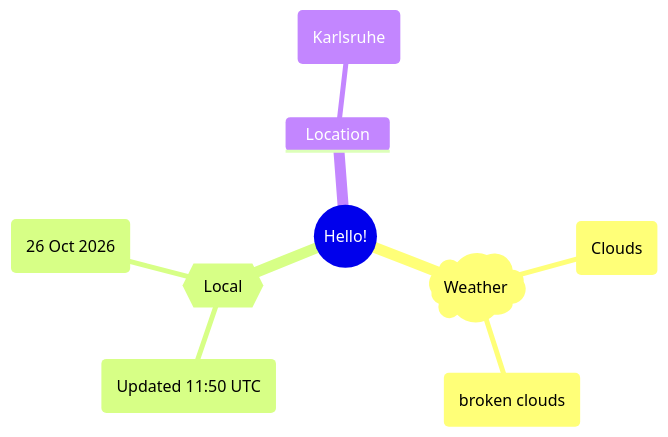
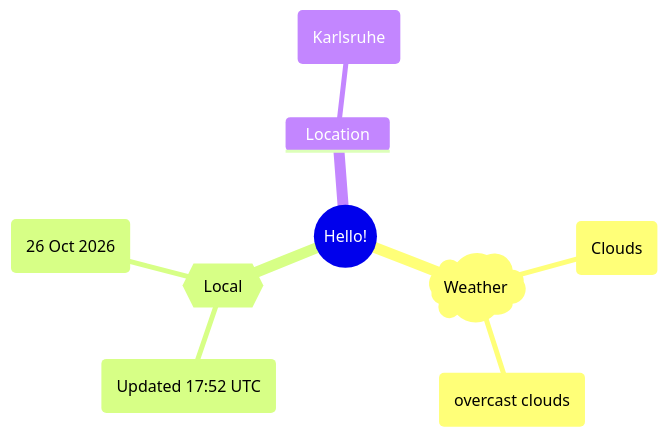
One commit to Xosrov/Xosrov changed the first of 2 diagrams in README.md. Above: the diagram before and after it, drawn with Mermaid.

Commit message:
[bot] updated images

````diff
--- a/README.md
+++ b/README.md
@@ -3,12 +3,12 @@
 ```mermaid
 mindmap
   root((Hello!))
     )Weather(
         (Clouds)
-        (broken clouds)
+        (overcast clouds)
     {{Local}}
-        (Updated 11:50 UTC)
+        (Updated 17:52 UTC)
         (26 Oct 2026)
     Location
         (Karlsruhe)
 ```
````
